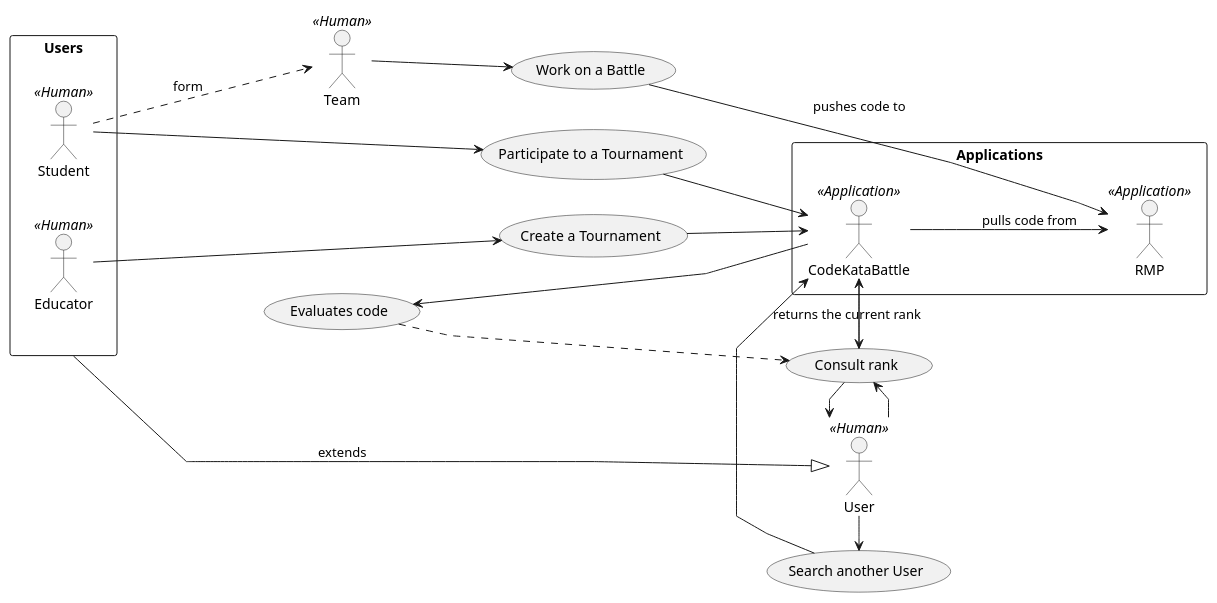
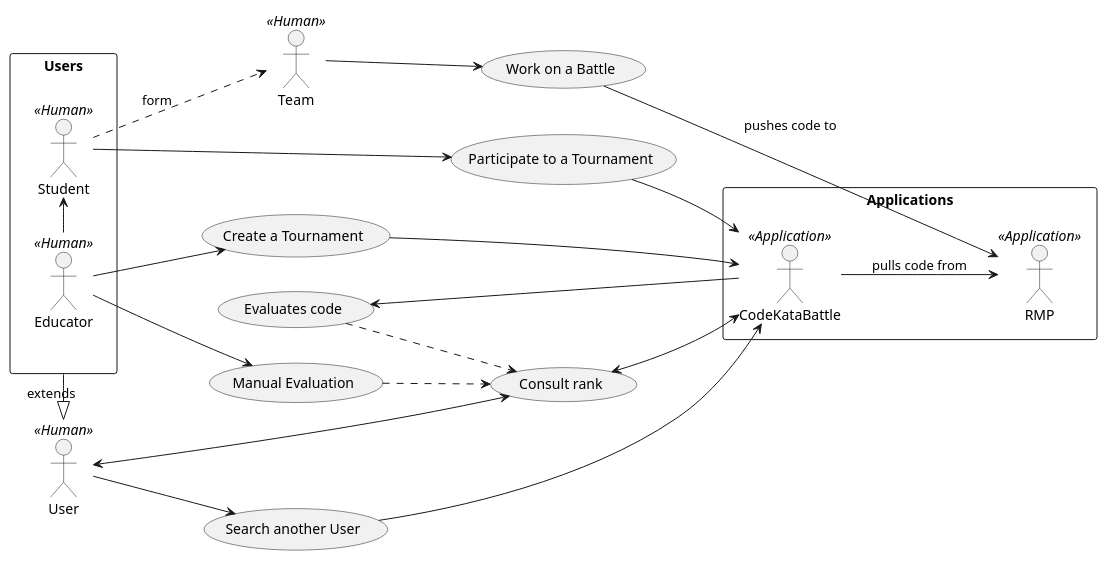
One commit to Angelo7672/SE2_Requirement-and-Design-Document changed the diagram in _RASD/Images/UML/useCaseDiagram/useCase2.wsd. Above: the diagram before and after it, drawn with PlantUML. The commit also changed 1 other file, not shown here.

Commit message:
(rasd) UseCase Diagrams Refinements

```diff
--- a/_RASD/Images/UML/useCaseDiagram/useCase2.wsd
+++ b/_RASD/Images/UML/useCaseDiagram/useCase2.wsd
@@ -1,44 +1,50 @@
 @startuml
-skinparam linetype polyline
+'skinparam linetype polyline
 left to right direction
 
 :User: <<Human>>
 :Team:<<Human>>
 rectangle Users{
     :Student:<<Human>>
     :Educator:<<Human>>
 }
 
 rectangle Applications{
     :CodeKataBattle: as CKB <<Application>>
     :RMP: <<Application>>
 }
 usecase "Participate to a Tournament" as UC2
 usecase "Create a Tournament" as UC4
 usecase "Work on a Battle" as UC6
 usecase "Evaluates code" as UC7
 usecase "Consult rank" as UC8
 usecase "Search another User" as UC9
+usecase "Manual Evaluation" as UC10
 
 
-Users --|> User: extends
+Users -right-|> User: extends
 Student --> UC2
 Educator --> UC4
+Educator --> UC10
+Educator -right-> Student
 UC2 --> CKB
 UC4 --> CKB
 Team --> UC6
-Student ...> Team : form
-User -> UC8
-User -> UC9
-UC9 -> CKB
-UC8 --> CKB
+Student ..> Team : form
+User <--> UC8
+User --> UC9
+UC9 ---> CKB
+UC8 <--> CKB
 UC6 ---> RMP: pushes code to
+'UC10 <-- CKB
+UC10 .> UC8
 
-CKB -> UC8: returns the current rank
-UC8 -> User
+'CKB -> UC8: returns the current rank
+'UC8 -right-> User
 CKB --> RMP: pulls code from
 CKB --> UC7
-UC7 ...> UC8
+UC7 ..> UC8
+
 
 
 @enduml
```
